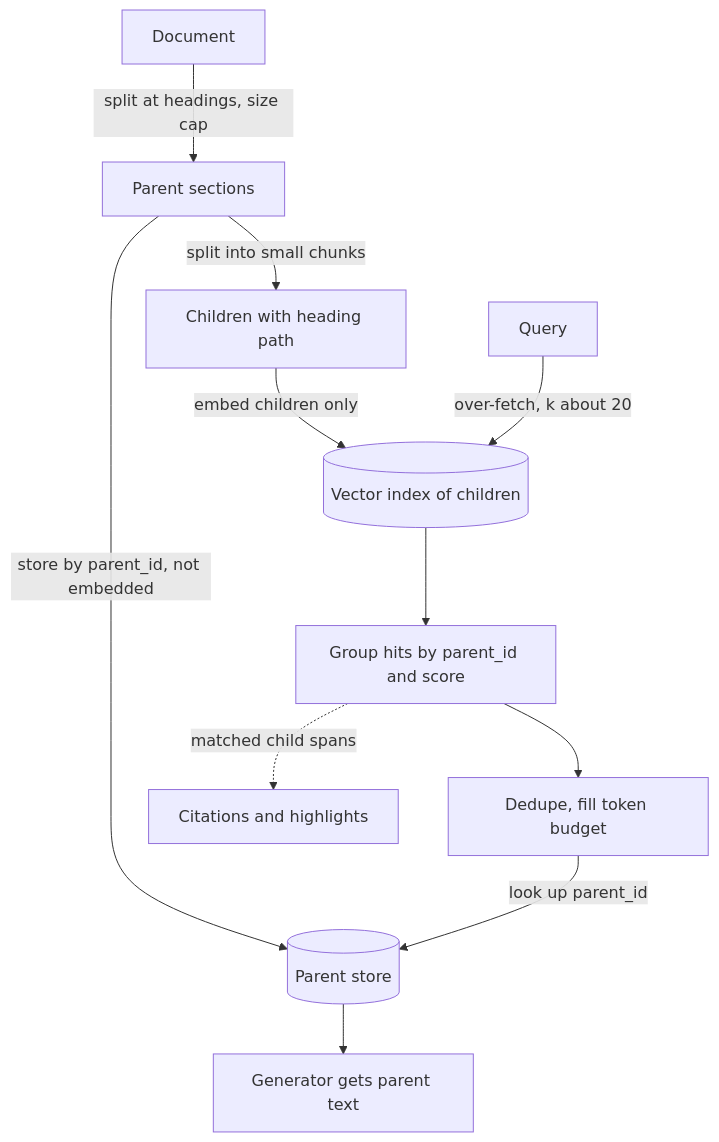
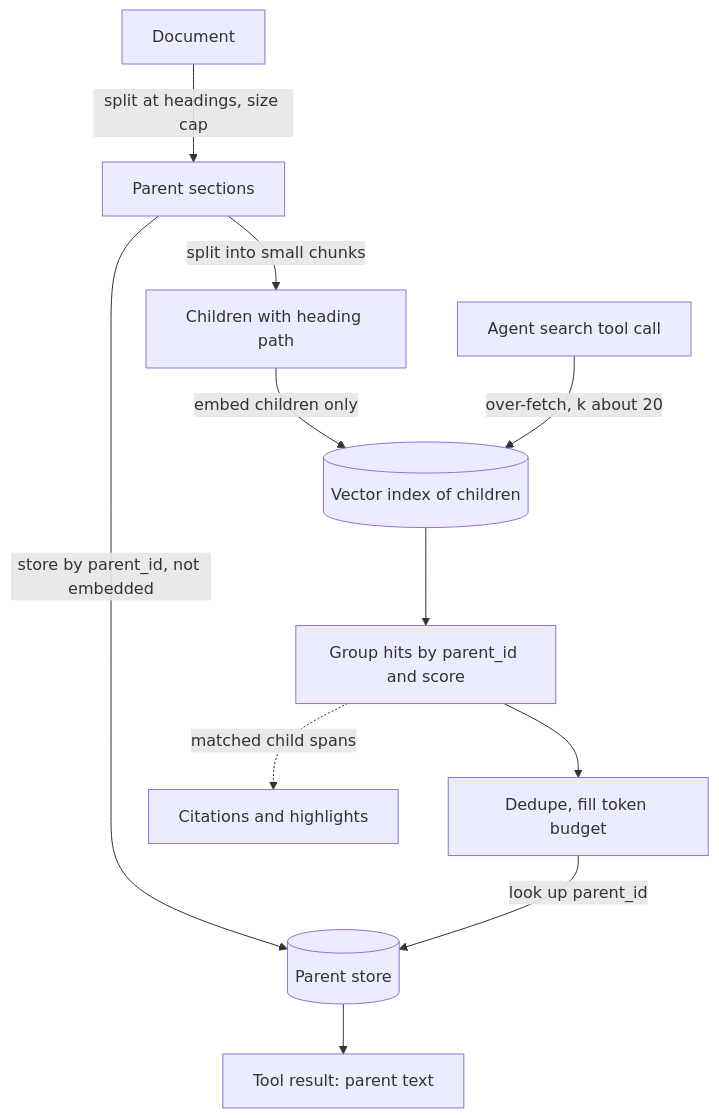
The diagram in content/rag-retrieval/parent-document-retrieval.md (lovishmahajan97/agentic-learning), drawn with Mermaid before and after one commit. The commit also changed other lines of this file and 266 other files, not shown here.

````diff
--- a/content/rag-retrieval/parent-document-retrieval.md
+++ b/content/rag-retrieval/parent-document-retrieval.md
@@ -106,13 +131,13 @@
 ```mermaid
 flowchart TD
     D["Document"] -->|"split at headings, size cap"| P["Parent sections"]
     P -->|"split into small chunks"| C["Children with heading path"]
     C -->|"embed children only"| V[("Vector index of children")]
     P -->|"store by parent_id, not embedded"| KV[("Parent store")]
-    Q["Query"] -->|"over-fetch, k about 20"| V
+    Q["Agent search tool call"] -->|"over-fetch, k about 20"| V
     V --> G["Group hits by parent_id and score"]
     G --> B["Dedupe, fill token budget"]
     B -->|"look up parent_id"| KV
-    KV --> GEN["Generator gets parent text"]
+    KV --> GEN["Tool result: parent text"]
     G -.->|"matched child spans"| CIT["Citations and highlights"]
 ```
````
